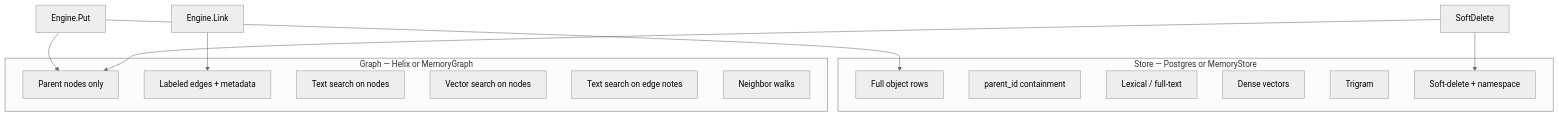
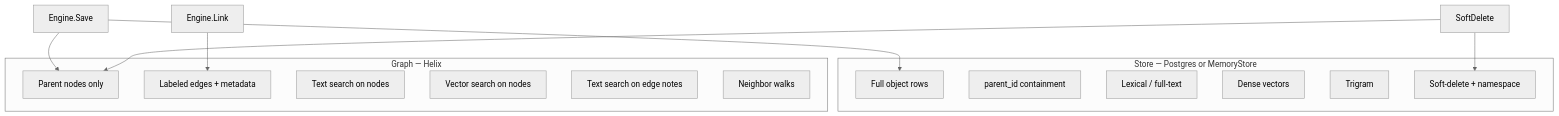
One commit to Ryanaldo34/tacklr changed the fifth of 7 diagrams in docs/knowledge.md. Above: the diagram before and after it, drawn with Mermaid (neutral theme). The commit also changed other lines of this file and 132 other files, not shown here.

````diff
--- a/docs/knowledge.md
+++ b/docs/knowledge.md
@@ -377,26 +429,26 @@
 ```mermaid
 flowchart TB
     subgraph Store["Store — Postgres or MemoryStore"]
         Rows[Full object rows]
         Parts[parent_id containment]
         Lex[Lexical / full-text]
         Vec[Dense vectors]
         Tri[Trigram]
         Soft[Soft-delete + namespace]
     end
 
-    subgraph Graph["Graph — Helix or MemoryGraph"]
+    subgraph Graph["Graph — Helix"]
         Nodes[Parent nodes only]
         Edges[Labeled edges + metadata]
         Txt[Text search on nodes]
         GVec[Vector search on nodes]
         ETxt[Text search on edge notes]
         Walk[Neighbor walks]
     end
 
-    Put[Engine.Put] --> Rows
-    Put --> Nodes
+    Save[Engine.Save] --> Rows
+    Save --> Nodes
     Link[Engine.Link] --> Edges
     SoftDel[SoftDelete] --> Nodes
     SoftDel --> Soft
 ```
````
